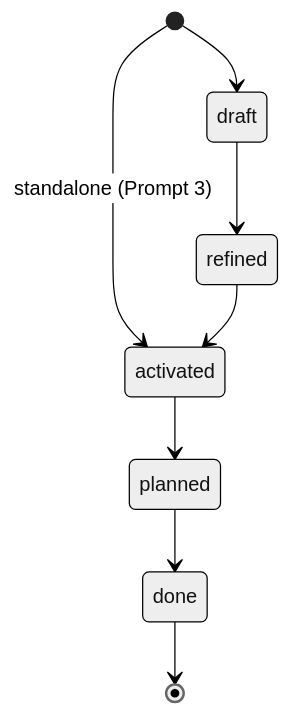
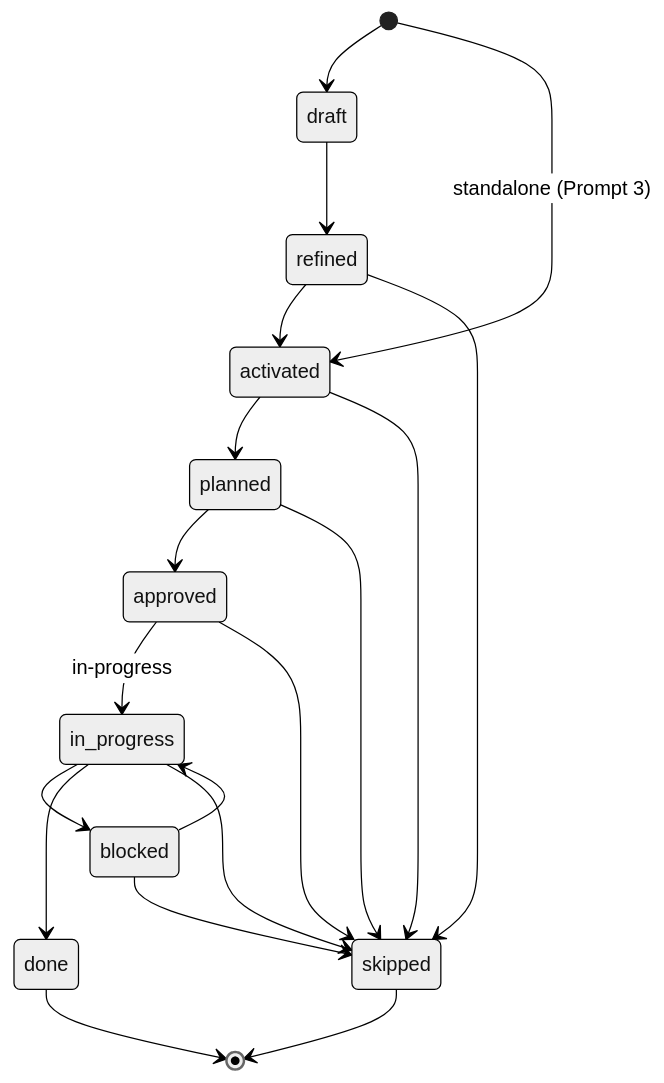
The second of 6 diagrams in user-development/STATUS-REFERENCE.md (ecarrizo2/spec-driven-development-boilerplate), drawn with Mermaid (neutral theme) before and after one commit. The commit also changed other lines of this file and 159 other files, not shown here.

````diff
--- a/user-development/STATUS-REFERENCE.md
+++ b/user-development/STATUS-REFERENCE.md
@@ -34,10 +73,21 @@
 ```mermaid
 stateDiagram-v2
     [*] --> draft
     [*] --> activated : standalone (Prompt 3)
     draft --> refined
     refined --> activated
+    refined --> skipped
     activated --> planned
-    planned --> done
+    activated --> skipped
+    planned --> approved
+    planned --> skipped
+    approved --> in_progress : in-progress
+    approved --> skipped
+    in_progress --> blocked
+    in_progress --> done
+    in_progress --> skipped
+    blocked --> in_progress
+    blocked --> skipped
     done --> [*]
+    skipped --> [*]
 ```
````
